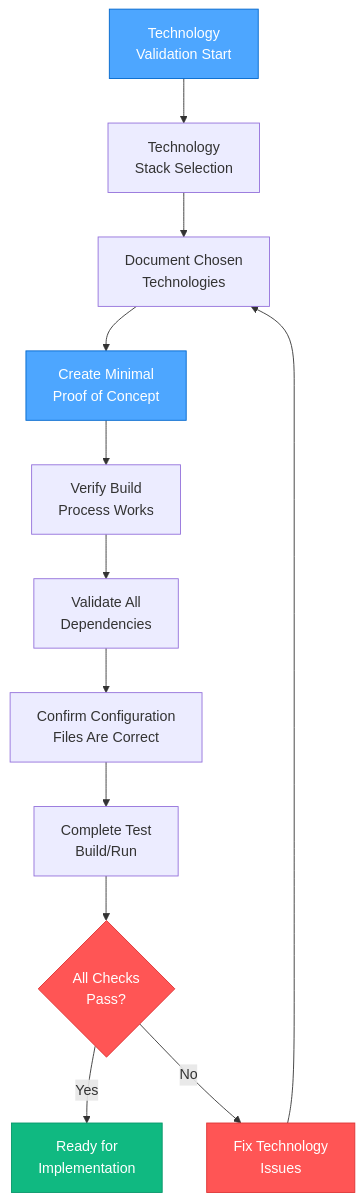
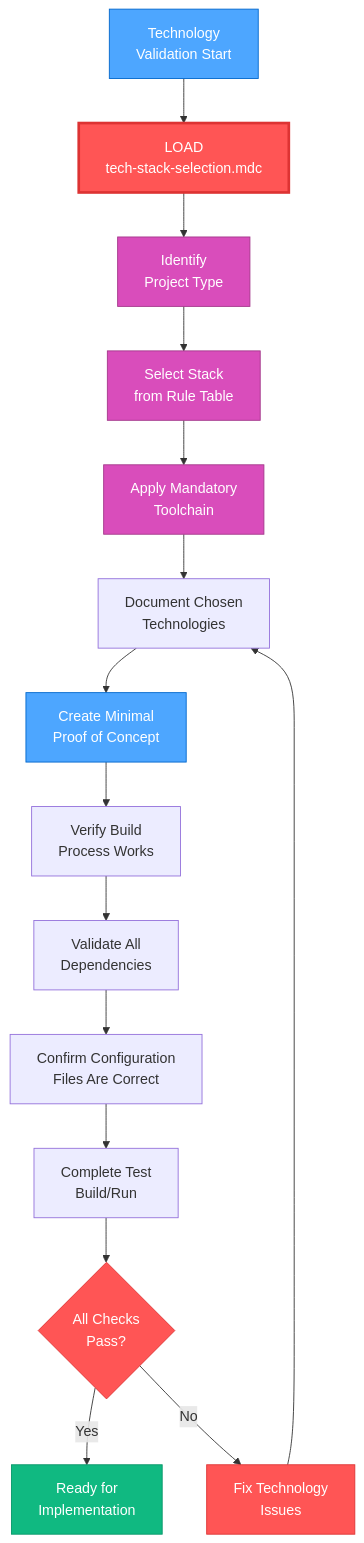
One commit to Angry-Robot-Deals/cursor-memory-bank-angry changed the third of 5 diagrams in .cursor/rules/isolation_rules/visual-maps/plan-mode-map.mdc. Above: the diagram before and after it, drawn with Mermaid. The commit also changed other lines of this file and 12 other files, not shown here.

First line of the commit message:
feat: Tech Stack Selection Rule for 22 project types (DEV-0006)

````diff
--- a/.cursor/rules/isolation_rules/visual-maps/plan-mode-map.mdc
+++ b/.cursor/rules/isolation_rules/visual-maps/plan-mode-map.mdc
@@ -134,21 +136,28 @@
 ```mermaid
 graph TD
-    Start["Technology<br>Validation Start"] --> Select["Technology<br>Stack Selection"]
-    Select --> Document["Document Chosen<br>Technologies"]
+    Start["Technology<br>Validation Start"] --> LoadRule["LOAD<br>tech-stack-selection.mdc"]
+    LoadRule --> Identify["Identify<br>Project Type"]
+    Identify --> Select["Select Stack<br>from Rule Table"]
+    Select --> Toolchain["Apply Mandatory<br>Toolchain"]
+    Toolchain --> Document["Document Chosen<br>Technologies"]
     Document --> POC["Create Minimal<br>Proof of Concept"]
     POC --> Build["Verify Build<br>Process Works"]
     Build --> Dependencies["Validate All<br>Dependencies"]
     Dependencies --> Config["Confirm Configuration<br>Files Are Correct"]
     Config --> Test["Complete Test<br>Build/Run"]
     Test --> Success{"All Checks<br>Pass?"}
     
     Success -->|"Yes"| Ready["Ready for<br>Implementation"]
     Success -->|"No"| Fix["Fix Technology<br>Issues"]
     Fix --> Document
     
     style Start fill:#4da6ff,stroke:#0066cc,color:white
+    style LoadRule fill:#ff5555,stroke:#dd3333,color:white,stroke-width:3px
+    style Identify fill:#d94dbb,stroke:#a3378a,color:white
+    style Select fill:#d94dbb,stroke:#a3378a,color:white
+    style Toolchain fill:#d94dbb,stroke:#a3378a,color:white
     style POC fill:#4da6ff,stroke:#0066cc,color:white
     style Success fill:#ff5555,stroke:#dd3333,color:white
     style Fix fill:#ff5555,stroke:#dd3333,color:white
     style Ready fill:#10b981,stroke:#059669,color:white
 ```
````
